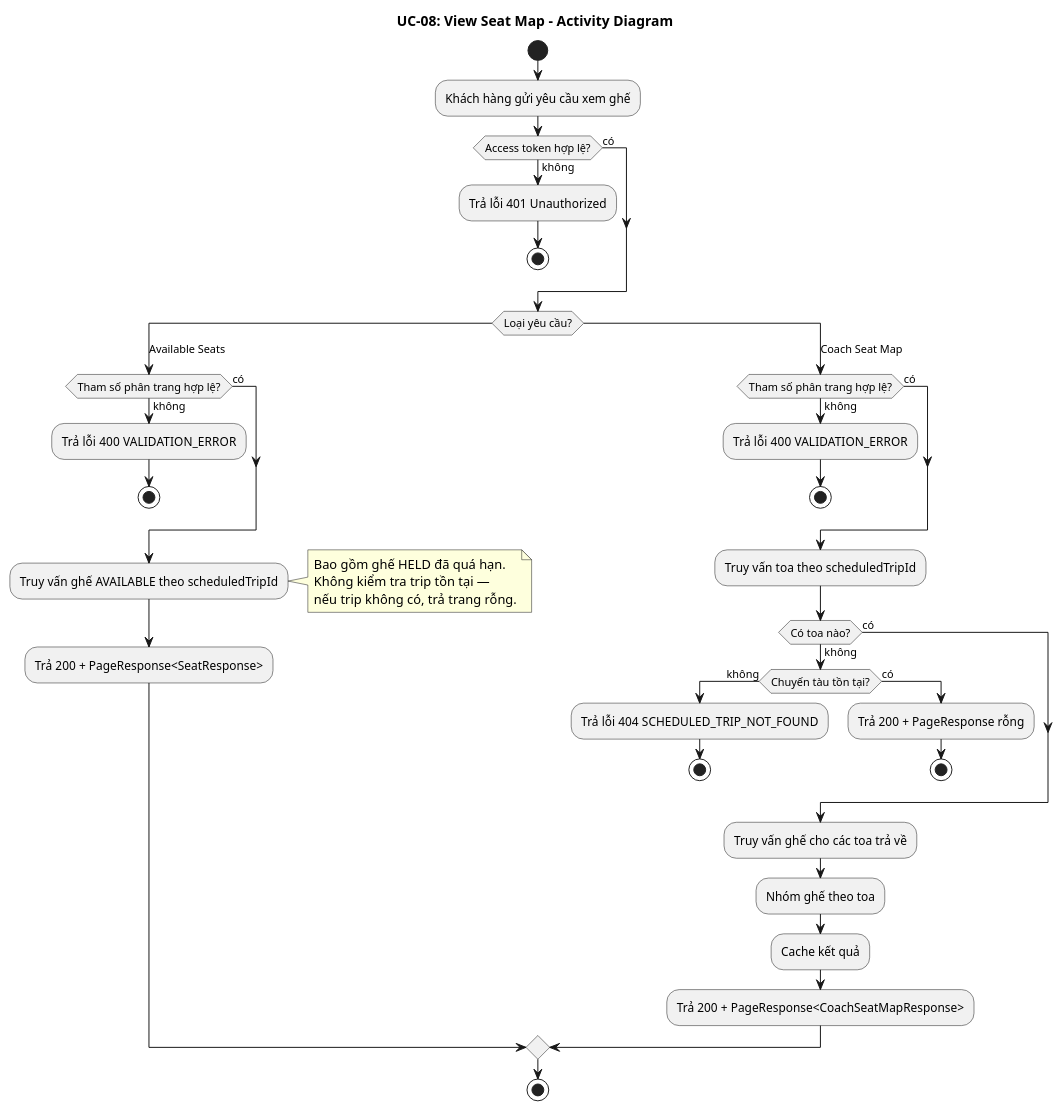
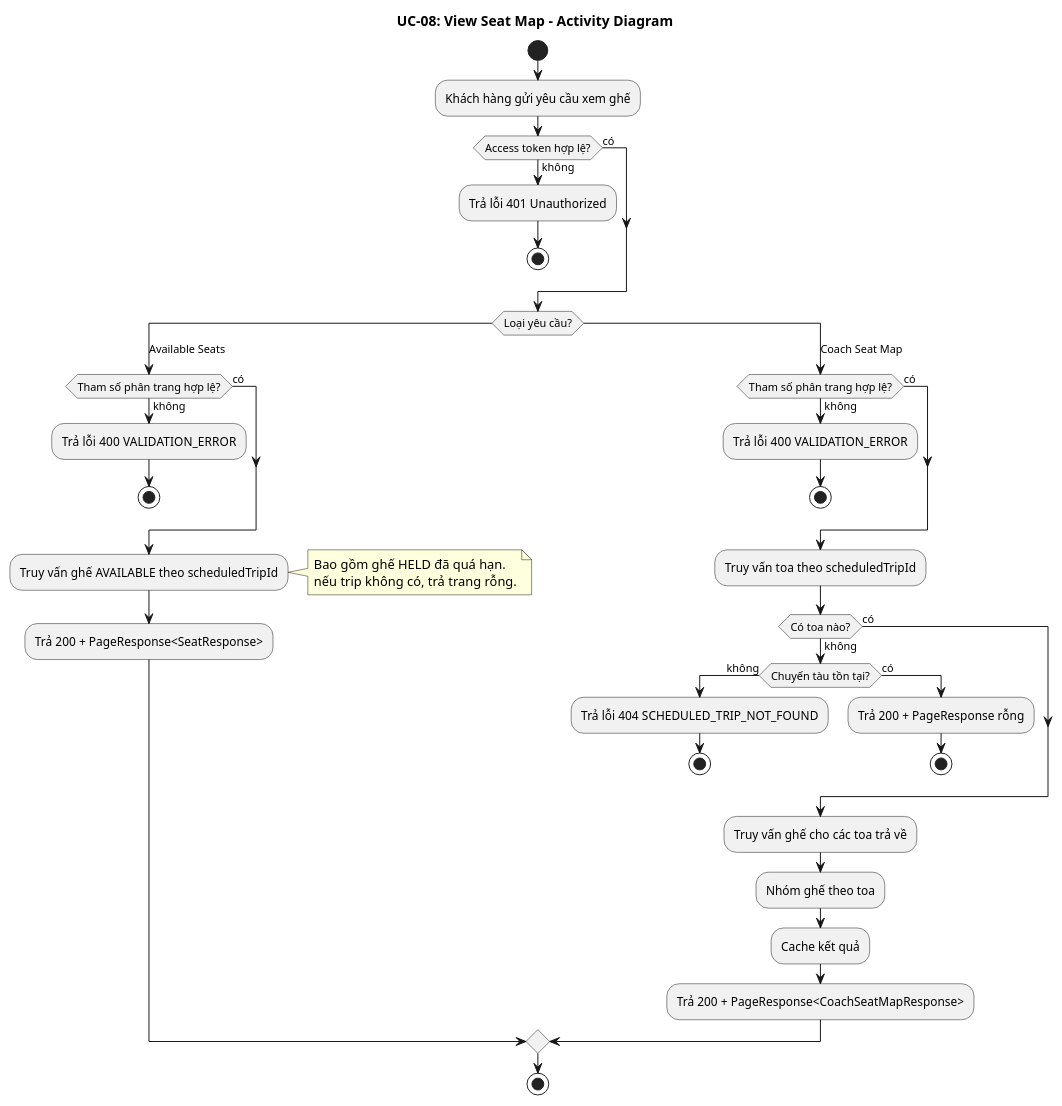
The second of 5 diagrams in docs/usecases/UC-08-xem-so-do-ghe-chuyen-tau.md (Phunguy65/train-ticket-booking-system-plus), drawn with PlantUML before and after one commit. The commit also changed other lines of this file and 33 other files, not shown here.

````diff
--- a/docs/usecases/UC-08-xem-so-do-ghe-chuyen-tau.md
+++ b/docs/usecases/UC-08-xem-so-do-ghe-chuyen-tau.md
@@ -59,61 +59,60 @@
 ```plantuml
 @startuml UC-08-activity
 title UC-08: View Seat Map - Activity Diagram
 
 start
 
 :Khách hàng gửi yêu cầu xem ghế;
 
 if (Access token hợp lệ?) then (không)
   :Trả lỗi 401 Unauthorized;
   stop
 else (có)
 endif
 
 switch (Loại yêu cầu?)
 case (Available Seats)
   if (Tham số phân trang hợp lệ?) then (không)
     :Trả lỗi 400 VALIDATION_ERROR;
     stop
   else (có)
   endif
 
   :Truy vấn ghế AVAILABLE theo scheduledTripId;
   note right
     Bao gồm ghế HELD đã quá hạn.
-    Không kiểm tra trip tồn tại —
     nếu trip không có, trả trang rỗng.
   end note
 
   :Trả 200 + PageResponse<SeatResponse>;
 
 case (Coach Seat Map)
   if (Tham số phân trang hợp lệ?) then (không)
     :Trả lỗi 400 VALIDATION_ERROR;
     stop
   else (có)
   endif
 
   :Truy vấn toa theo scheduledTripId;
 
   if (Có toa nào?) then (không)
     if (Chuyến tàu tồn tại?) then (không)
       :Trả lỗi 404 SCHEDULED_TRIP_NOT_FOUND;
       stop
     else (có)
       :Trả 200 + PageResponse rỗng;
       stop
     endif
   else (có)
   endif
 
   :Truy vấn ghế cho các toa trả về;
   :Nhóm ghế theo toa;
   :Cache kết quả;
   :Trả 200 + PageResponse<CoachSeatMapResponse>;
 
 endswitch
 
 stop
 @enduml
 ```
````
